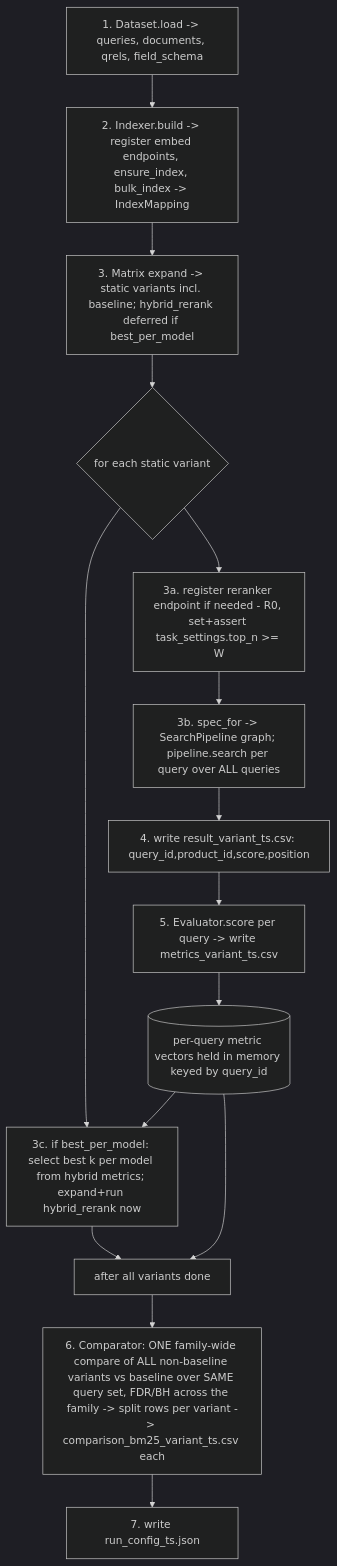
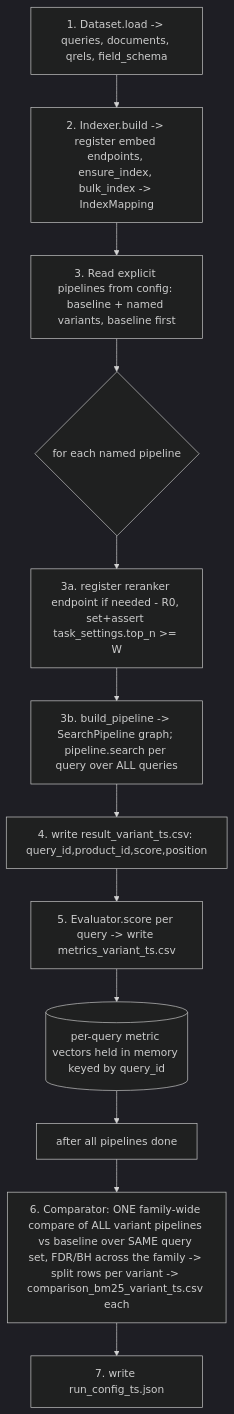
Before and after one commit to TensorOpt/search-rag-evaluation: the fourth of 4 diagrams in docs/experiment.md, drawn with Mermaid (dark theme). The commit also changed other lines of this file and 11 other files, not shown here.

````diff
--- a/docs/experiment.md
+++ b/docs/experiment.md
@@ -520,17 +527,14 @@
 ```mermaid
 flowchart TD
   A[1. Dataset.load -> queries, documents, qrels, field_schema] --> B[2. Indexer.build -> register embed endpoints, ensure_index, bulk_index -> IndexMapping]
-  B --> C[3. Matrix expand -> static variants incl. baseline; hybrid_rerank deferred if best_per_model]
-  C --> D{for each static variant}
+  B --> C[3. Read explicit pipelines from config: baseline + named variants, baseline first]
+  C --> D{for each named pipeline}
   D --> E[3a. register reranker endpoint if needed - R0, set+assert task_settings.top_n >= W]
-  E --> F[3b. spec_for -> SearchPipeline graph; pipeline.search per query over ALL queries]
+  E --> F[3b. build_pipeline -> SearchPipeline graph; pipeline.search per query over ALL queries]
   F --> G[4. write result_variant_ts.csv: query_id,product_id,score,position]
   G --> H[5. Evaluator.score per query -> write metrics_variant_ts.csv]
   H --> I[(per-query metric vectors held in memory keyed by query_id)]
-  D --> P[3c. if best_per_model: select best k per model from hybrid metrics; expand+run hybrid_rerank now]
-  I --> P
-  P --> J[after all variants done]
-  I --> J
-  J --> K[6. Comparator: ONE family-wide compare of ALL non-baseline variants vs baseline over SAME query set, FDR/BH across the family -> split rows per variant -> comparison_bm25_variant_ts.csv each]
+  I --> J[after all pipelines done]
+  J --> K[6. Comparator: ONE family-wide compare of ALL variant pipelines vs baseline over SAME query set, FDR/BH across the family -> split rows per variant -> comparison_bm25_variant_ts.csv each]
   K --> L[7. write run_config_ts.json]
 ```
````
